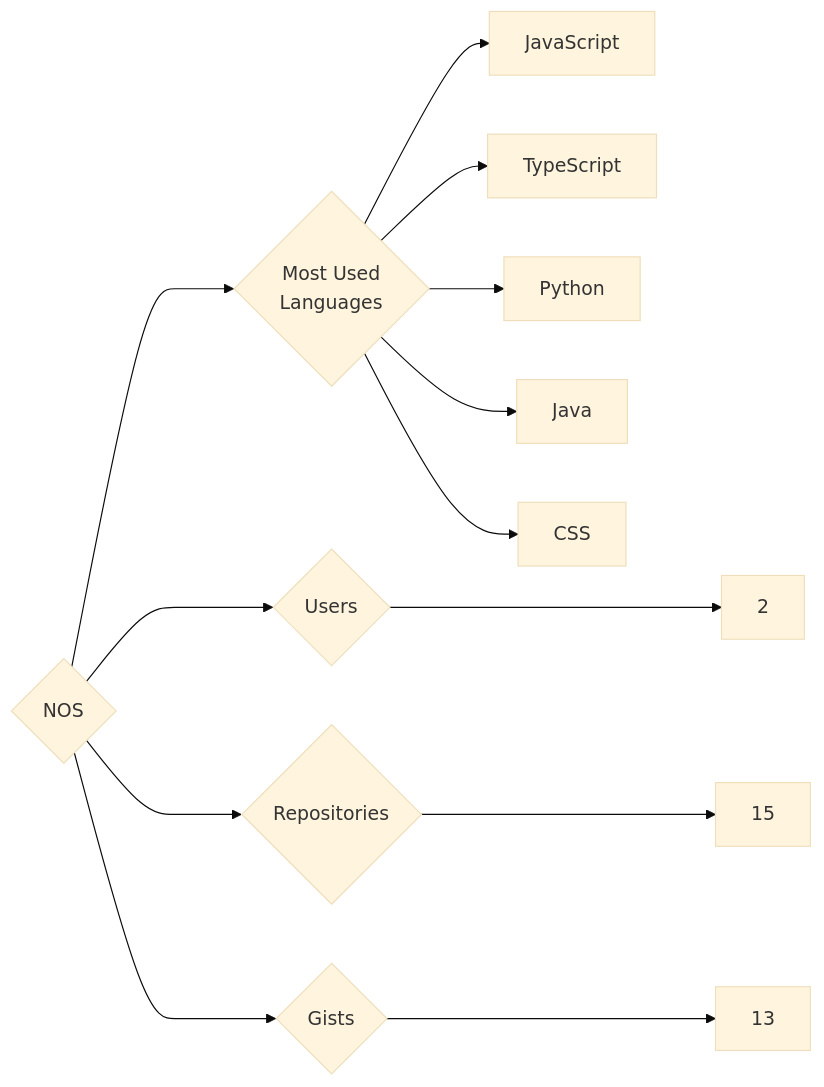
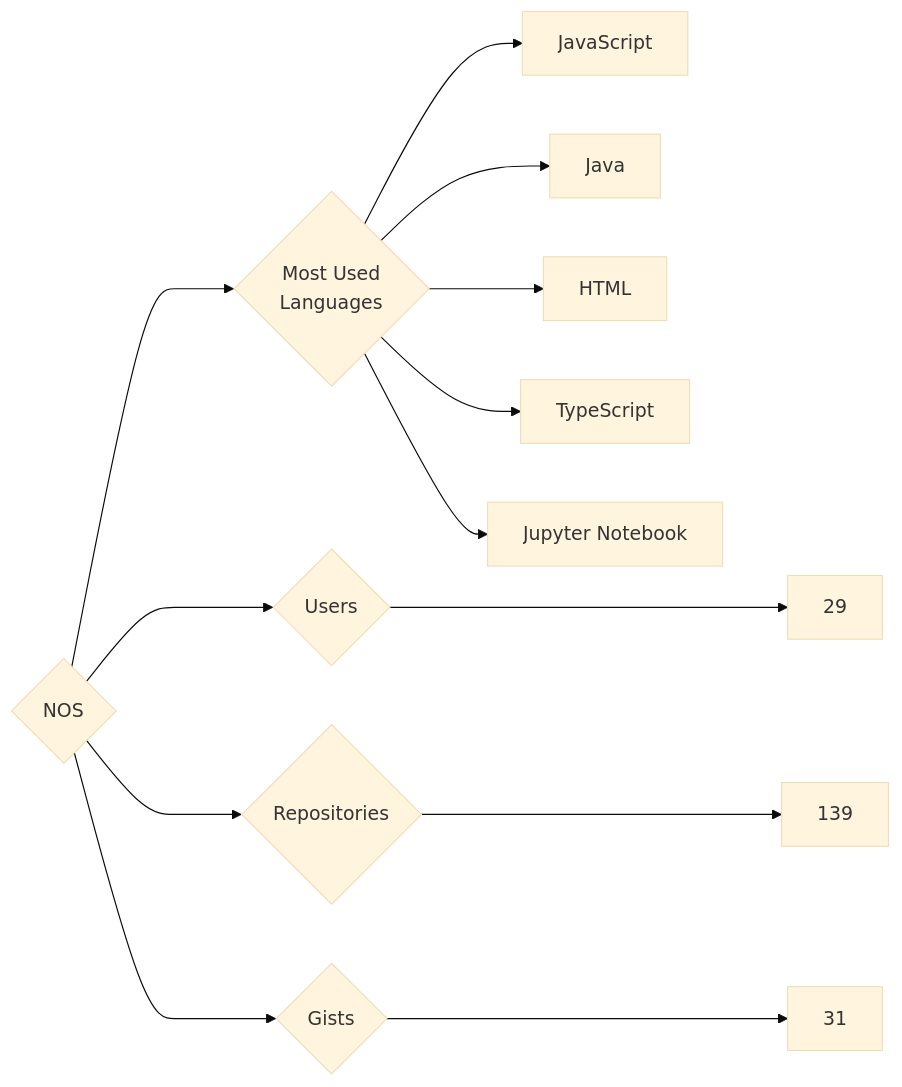
One commit to trickest/insiders changed the diagram in targets/NOS/README.md. Above: the diagram before and after it, drawn with Mermaid (base theme). The commit also changed 973 other files, not shown here.

````diff
--- a/targets/NOS/README.md
+++ b/targets/NOS/README.md
@@ -3,13 +3,13 @@
 ```mermaid
 graph LR
 COMPANY_NAME{NOS}
-COMPANY_NAME ---> U{Users} ---> UN[2]
-COMPANY_NAME ---> R{Repositories} ---> RN[15]
-COMPANY_NAME ---> G{Gists} ---> GN[13]
+COMPANY_NAME ---> U{Users} ---> UN[29]
+COMPANY_NAME ---> R{Repositories} ---> RN[139]
+COMPANY_NAME ---> G{Gists} ---> GN[31]
 COMPANY_NAME ---> ML{Most Used<br>Languages}
 ML --> JavaScript[JavaScript]
+ML --> Java[Java]
+ML --> HTML[HTML]
 ML --> TypeScript[TypeScript]
-ML --> Python[Python]
-ML --> Java[Java]
-ML --> CSS[CSS]
+ML --> Jupyter_Notebook[Jupyter Notebook]
 ```
````
